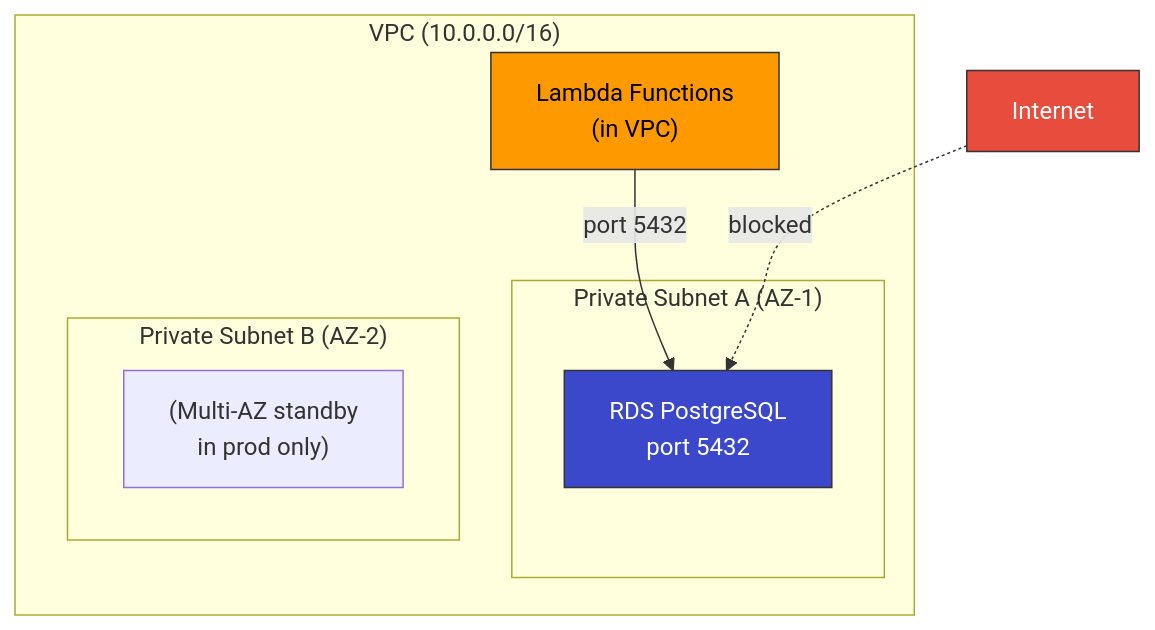
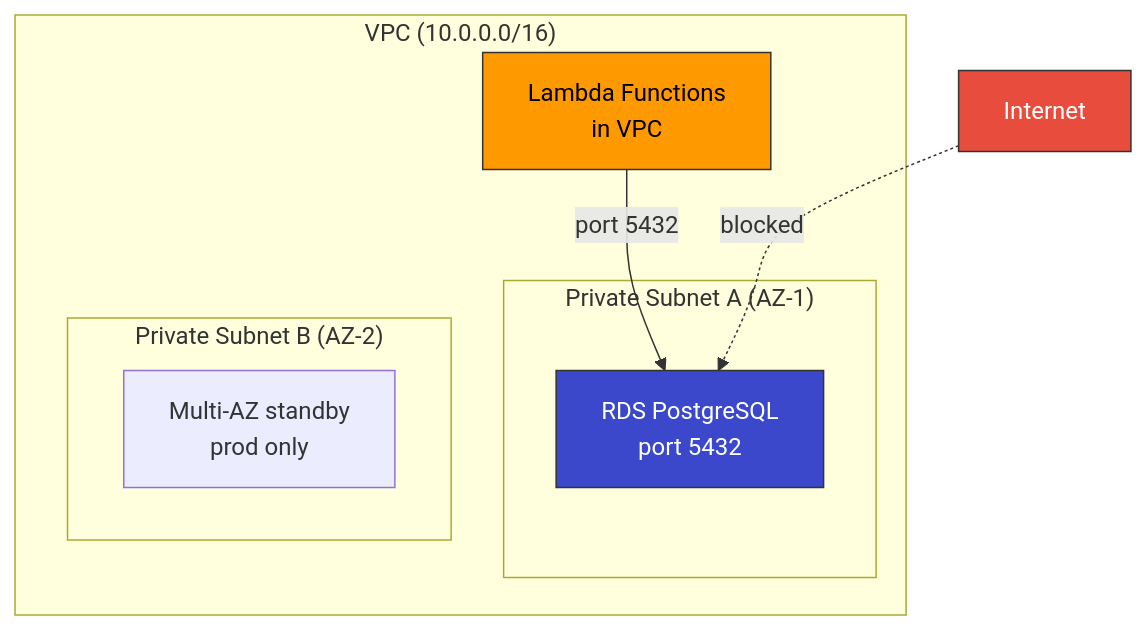
The fourth of 10 diagrams in TERRAFORM_IMPLEMENTATION_GUIDE.md (AzizSouissi/fx-quote-service), drawn with Mermaid before and after one commit. The commit also changed other lines of this file, not shown here.

Commit message:
Format mermaid diagrams in Terraform guide

````diff
--- a/TERRAFORM_IMPLEMENTATION_GUIDE.md
+++ b/TERRAFORM_IMPLEMENTATION_GUIDE.md
@@ -300,19 +300,19 @@
 ```mermaid
 graph TD
-    subgraph "VPC (10.0.0.0/16)"
-        subgraph "Private Subnet A (AZ-1)"
+    subgraph VPCNET["VPC (10.0.0.0/16)"]
+        subgraph SUBA["Private Subnet A (AZ-1)"]
             RDS["RDS PostgreSQL<br/>port 5432"]
         end
-        subgraph "Private Subnet B (AZ-2)"
-            RDS_STANDBY["(Multi-AZ standby<br/>in prod only)"]
+        subgraph SUBB["Private Subnet B (AZ-2)"]
+            RDS_STANDBY["Multi-AZ standby<br/>prod only"]
         end
-        LAMBDA["Lambda Functions<br/>(in VPC)"]
+        LAMBDA["Lambda Functions<br/>in VPC"]
     end
 
     LAMBDA -->|port 5432| RDS
     INTERNET["Internet"] -.->|blocked| RDS
 
     style RDS fill:#3b48cc,stroke:#333,color:#fff
     style LAMBDA fill:#ff9900,stroke:#333,color:#000
     style INTERNET fill:#e74c3c,stroke:#333,color:#fff
 ```
````
